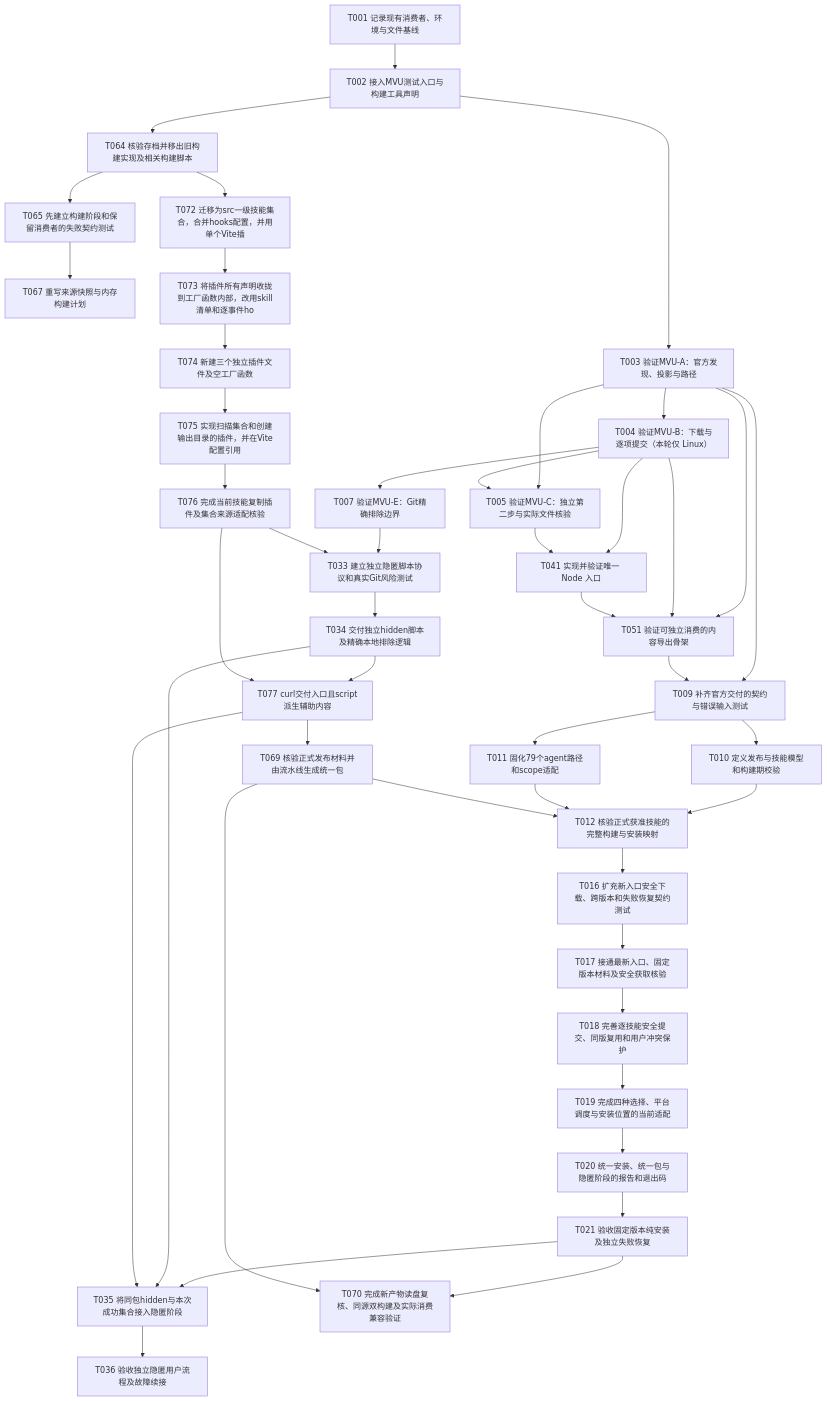
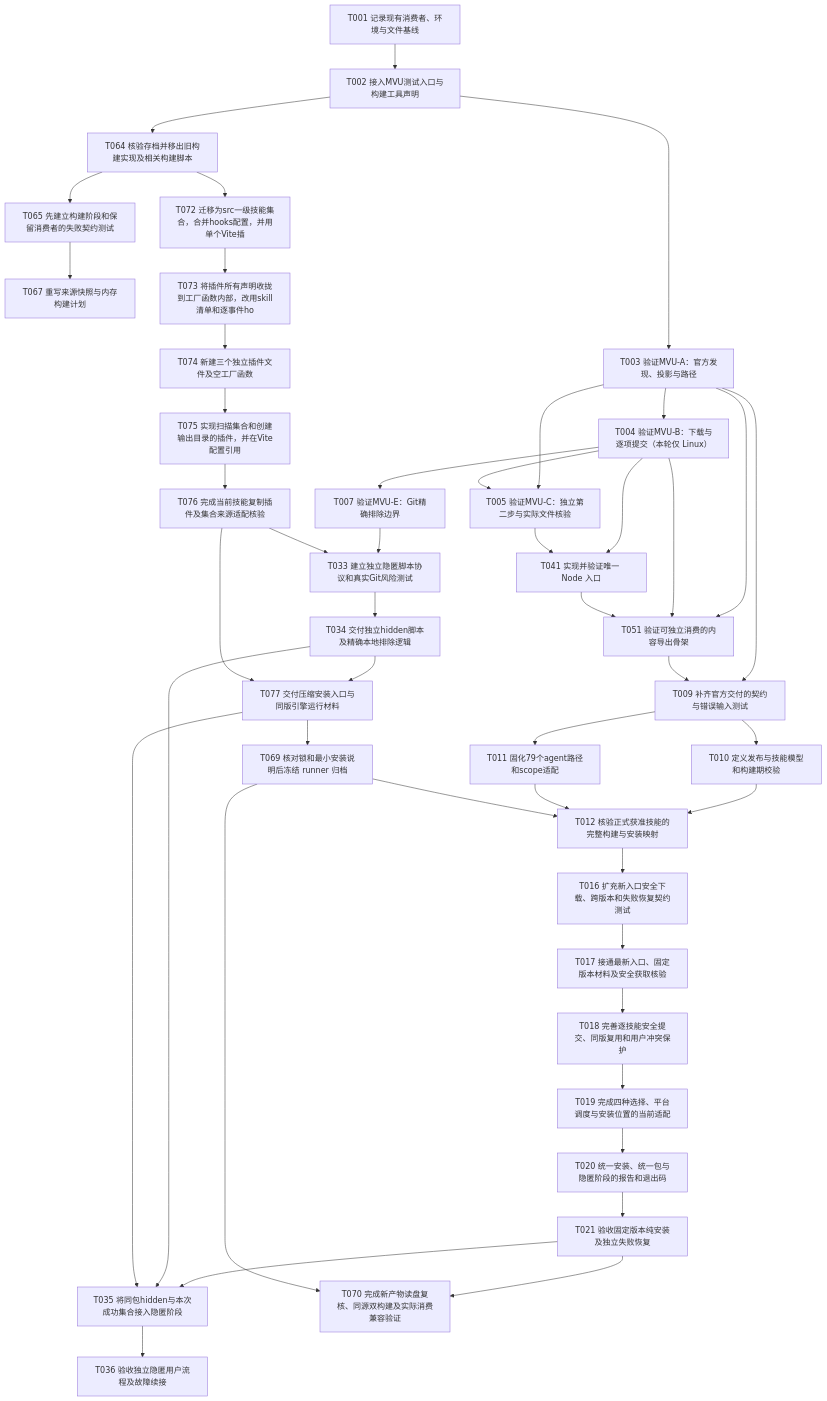
Before and after one commit to Ena-Heleneto/agent-foundry: the first of 3 diagrams in specs/skills/001-skills-distribution/diagrams/logic-flow.md, drawn with Mermaid. The commit also changed other lines of this file and 99 other files, not shown here.

````diff
--- a/specs/skills/001-skills-distribution/diagrams/logic-flow.md
+++ b/specs/skills/001-skills-distribution/diagrams/logic-flow.md
@@ -9,80 +9,80 @@
 ```mermaid
 flowchart TD
     T001["T001 记录现有消费者、环境与文件基线"]
     T002["T002 接入MVU测试入口与构建工具声明"]
     T003["T003 验证MVU-A：官方发现、投影与路径"]
     T004["T004 验证MVU-B：下载与逐项提交（本轮仅 Linux）"]
     T005["T005 验证MVU-C：独立第二步与实际文件核验"]
     T007["T007 验证MVU-E：Git精确排除边界"]
     T009["T009 补齐官方交付的契约与错误输入测试"]
     T010["T010 定义发布与技能模型和构建期校验"]
     T011["T011 固化79个agent路径和scope适配"]
     T012["T012 核验正式获准技能的完整构建与安装映射"]
     T016["T016 扩充新入口安全下载、跨版本和失败恢复契约测试"]
     T017["T017 接通最新入口、固定版本材料及安全获取核验"]
     T018["T018 完善逐技能安全提交、同版复用和用户冲突保护"]
     T019["T019 完成四种选择、平台调度与安装位置的当前适配"]
     T020["T020 统一安装、统一包与隐匿阶段的报告和退出码"]
     T021["T021 验收固定版本纯安装及独立失败恢复"]
     T033["T033 建立独立隐匿脚本协议和真实Git风险测试"]
     T034["T034 交付独立hidden脚本及精确本地排除逻辑"]
     T035["T035 将同包hidden与本次成功集合接入隐匿阶段"]
     T036["T036 验收独立隐匿用户流程及故障续接"]
     T041["T041 实现并验证唯一 Node 入口"]
     T051["T051 验证可独立消费的内容导出骨架"]
     T064["T064 核验存档并移出旧构建实现及相关构建脚本"]
     T065["T065 先建立构建阶段和保留消费者的失败契约测试"]
     T067["T067 重写来源快照与内存构建计划"]
-    T069["T069 核验正式发布材料并由流水线生成统一包"]
+    T069["T069 核对锁和最小安装说明后冻结 runner 归档"]
     T070["T070 完成新产物读盘复核、同源双构建及实际消费兼容验证"]
     T072["T072 迁移为src一级技能集合，合并hooks配置，并用单个Vite插"]
     T073["T073 将插件所有声明收拢到工厂函数内部，改用skill清单和逐事件ho"]
     T074["T074 新建三个独立插件文件及空工厂函数"]
     T075["T075 实现扫描集合和创建输出目录的插件，并在Vite配置引用"]
     T076["T076 完成当前技能复制插件及集合来源适配核验"]
-    T077["T077 curl交付入口且script派生辅助内容"]
+    T077["T077 交付压缩安装入口与同版引擎运行材料"]
     T001 --> T002
     T002 --> T003
     T003 --> T004
     T003 --> T005
     T004 --> T005
     T004 --> T007
     T003 --> T009
     T051 --> T009
     T009 --> T010
     T009 --> T011
     T010 --> T012
     T011 --> T012
     T069 --> T012
     T012 --> T016
     T016 --> T017
     T017 --> T018
     T018 --> T019
     T019 --> T020
     T020 --> T021
     T007 --> T033
     T076 --> T033
     T033 --> T034
     T021 --> T035
     T034 --> T035
     T077 --> T035
     T035 --> T036
     T004 --> T041
     T005 --> T041
     T003 --> T051
     T004 --> T051
     T041 --> T051
     T002 --> T064
     T064 --> T065
     T065 --> T067
     T077 --> T069
     T021 --> T070
     T069 --> T070
     T064 --> T072
     T072 --> T073
     T073 --> T074
     T074 --> T075
     T075 --> T076
     T034 --> T077
     T076 --> T077
 ```
````
